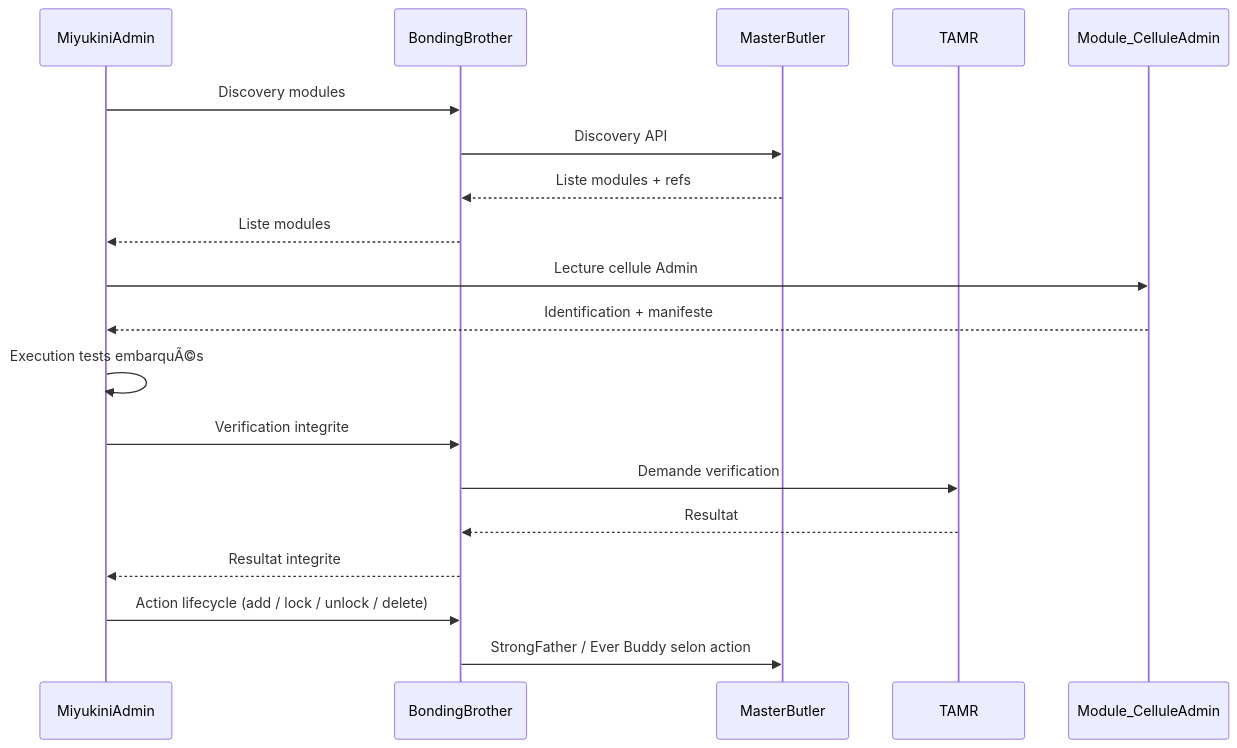
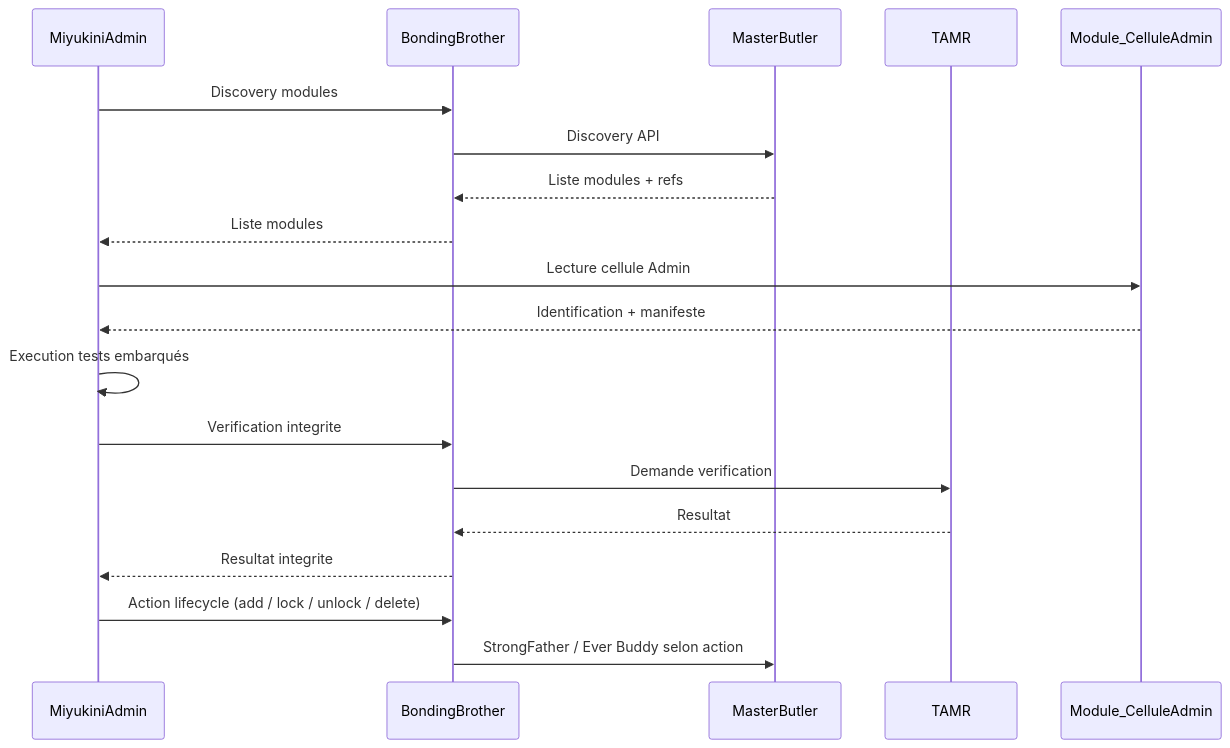
One commit to StudioMiyukini/miyukini_cog changed the diagram in docs/admin/MiyukiniAdmin/contracts/testing/MiyukiniAdmin - Module Testing and Lifecycle Contract.md. Above: the diagram before and after it, drawn with Mermaid. The commit also changed other lines of this file and 564 other files, not shown here.

````diff
--- a/docs/admin/MiyukiniAdmin/contracts/testing/MiyukiniAdmin - Module Testing and Lifecycle Contract.md
+++ b/docs/admin/MiyukiniAdmin/contracts/testing/MiyukiniAdmin - Module Testing and Lifecycle Contract.md
@@ -288,25 +288,25 @@
 ```mermaid
 sequenceDiagram
     participant MA as MiyukiniAdmin
     participant BB as BondingBrother
     participant MB as MasterButler
     participant TAMR as TAMR
     participant Mod as Module_CelluleAdmin
 
     MA->>BB: Discovery modules
     BB->>MB: Discovery API
     MB-->>BB: Liste modules + refs
     BB-->>MA: Liste modules
 
     MA->>Mod: Lecture cellule Admin
     Mod-->>MA: Identification + manifeste
 
-    MA->>MA: Execution tests embarquÃ©s
+    MA->>MA: Execution tests embarqués
     MA->>BB: Verification integrite
     BB->>TAMR: Demande verification
     TAMR-->>BB: Resultat
     BB-->>MA: Resultat integrite
 
     MA->>BB: Action lifecycle (add / lock / unlock / delete)
     BB->>MB: StrongFather / Ever Buddy selon action
 ```
````
